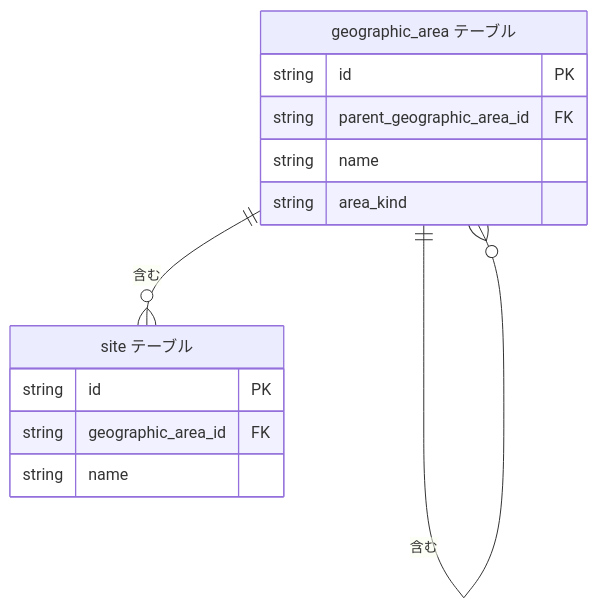
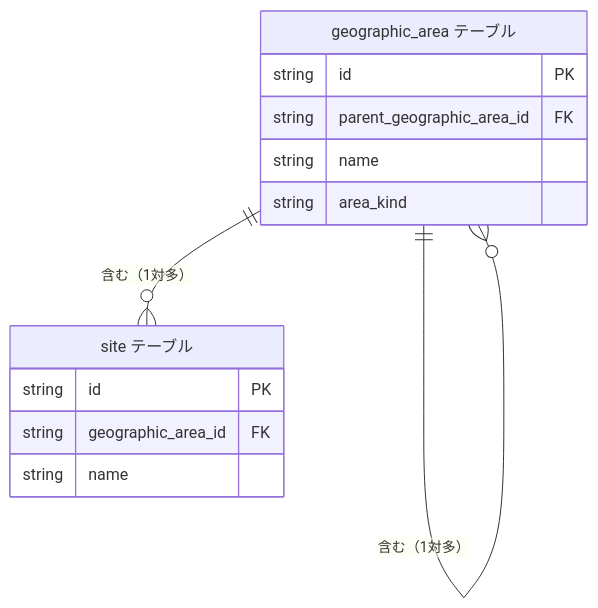
Before and after one commit to hiroki-it/tech-notebook: diagram 16 of 30 in docs/software/software_middleware_database_rdb_er.md, drawn with Mermaid. The commit also changed other lines of this file and 4 other files, not shown here.

````diff
--- a/docs/software/software_middleware_database_rdb_er.md
+++ b/docs/software/software_middleware_database_rdb_er.md
@@ -496,18 +496,18 @@
 ```mermaid
 erDiagram
   geographic_area["geographic_area テーブル"] {
     string id PK
     string parent_geographic_area_id FK
     string name
     string area_kind
   }
 
   site["site テーブル"] {
     string id PK
     string geographic_area_id FK
     string name
   }
 
-  geographic_area ||--o{ geographic_area : "含む"
-  geographic_area ||--o{ site : "含む"
+  geographic_area ||--o{ geographic_area : "含む（1対多）"
+  geographic_area ||--o{ site : "含む（1対多）"
 ```
````
